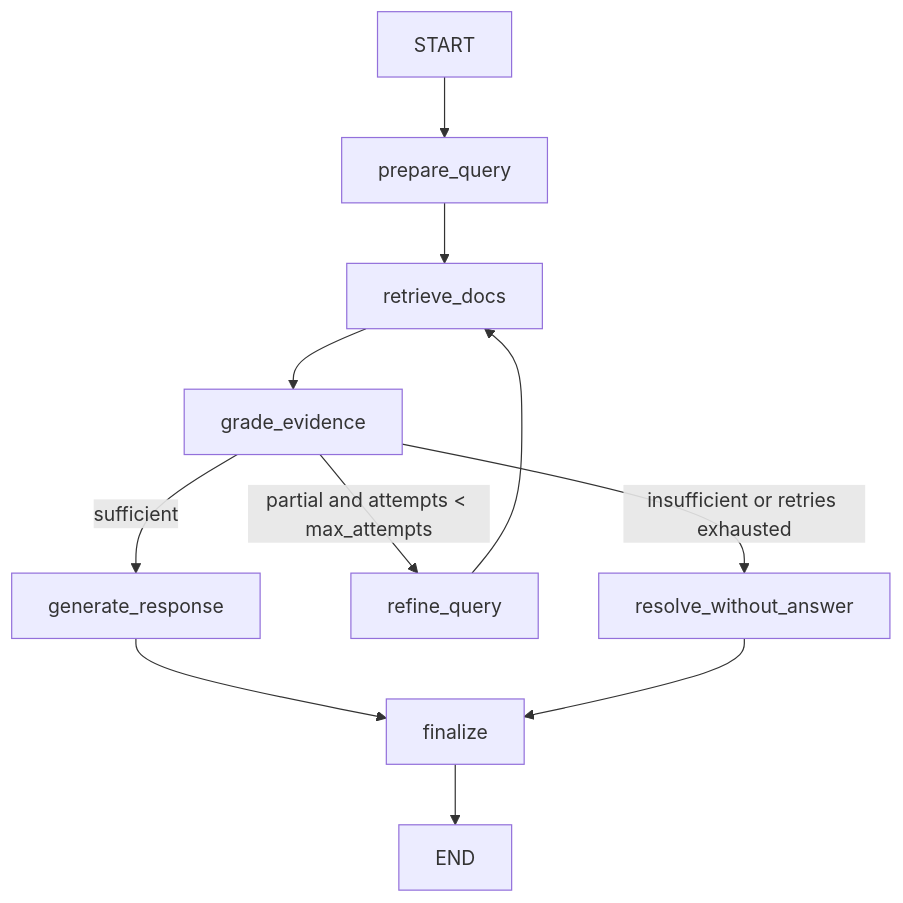
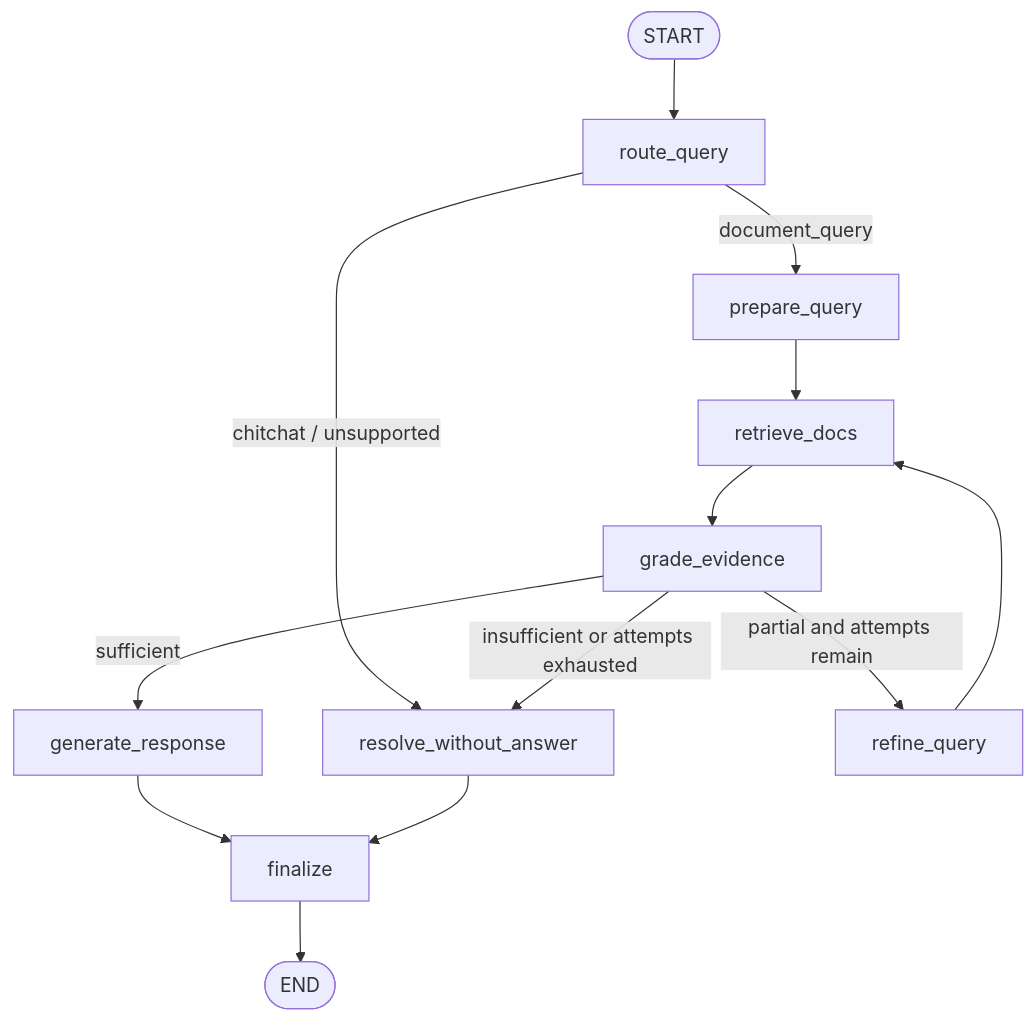
Before and after one commit to YgLK/grounded-support-rag: the diagram in README.md, drawn with Mermaid. The commit also changed other lines of this file and 1 other file, not shown here.

````diff
--- a/README.md
+++ b/README.md
@@ -295,13 +29,15 @@
 ```mermaid
 flowchart TD
-    START["START"] --> PQ["prepare_query"]
-    PQ --> RD["retrieve_docs"]
-    RD --> GE["grade_evidence"]
-    GE -->|sufficient| GR["generate_response"]
-    GE -->|partial and attempts < max_attempts| RQ["refine_query"]
-    GE -->|insufficient or retries exhausted| RNA["resolve_without_answer"]
-    RQ --> RD
-    GR --> F["finalize"]
-    RNA --> F
-    F --> END["END"]
+    A([START]) --> B[route_query]
+    B -->|document_query| C[prepare_query]
+    B -->|chitchat / unsupported| G[resolve_without_answer]
+    C --> D[retrieve_docs]
+    D --> E[grade_evidence]
+    E -->|sufficient| F[generate_response]
+    E -->|partial and attempts remain| H[refine_query]
+    H --> D
+    E -->|insufficient or attempts exhausted| G
+    F --> I[finalize]
+    G --> I
+    I --> J([END])
 ```
````
